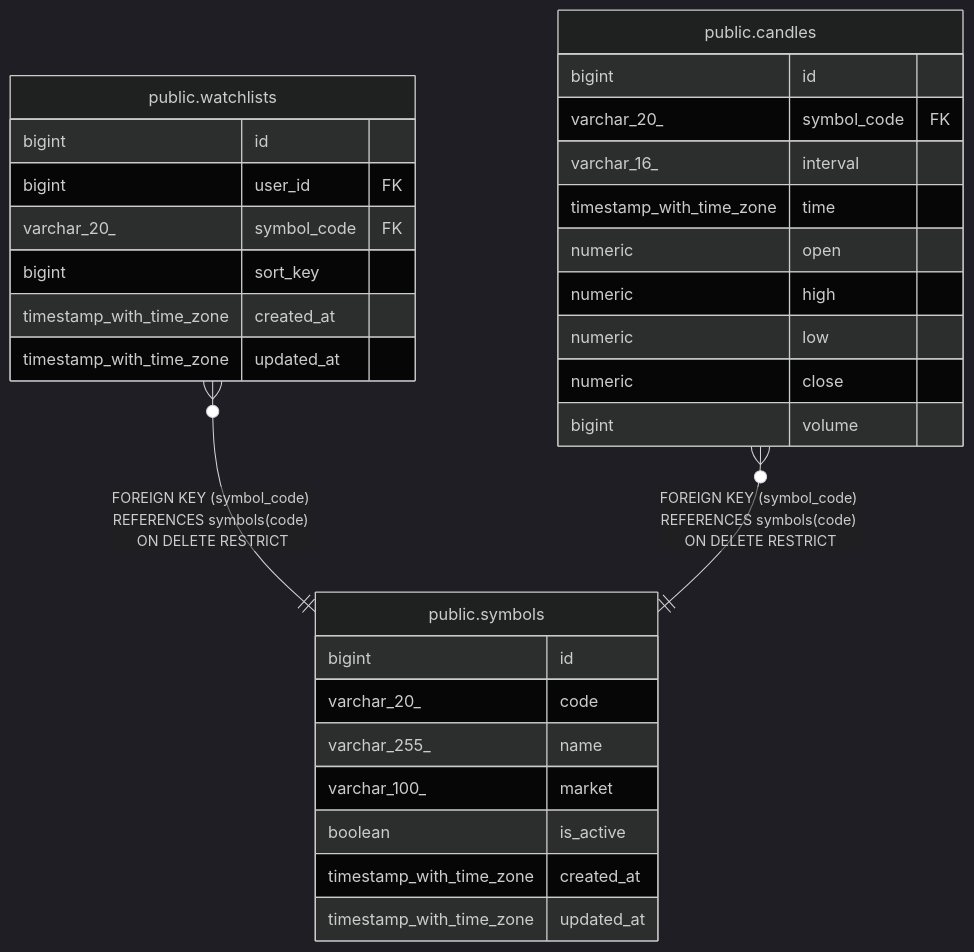
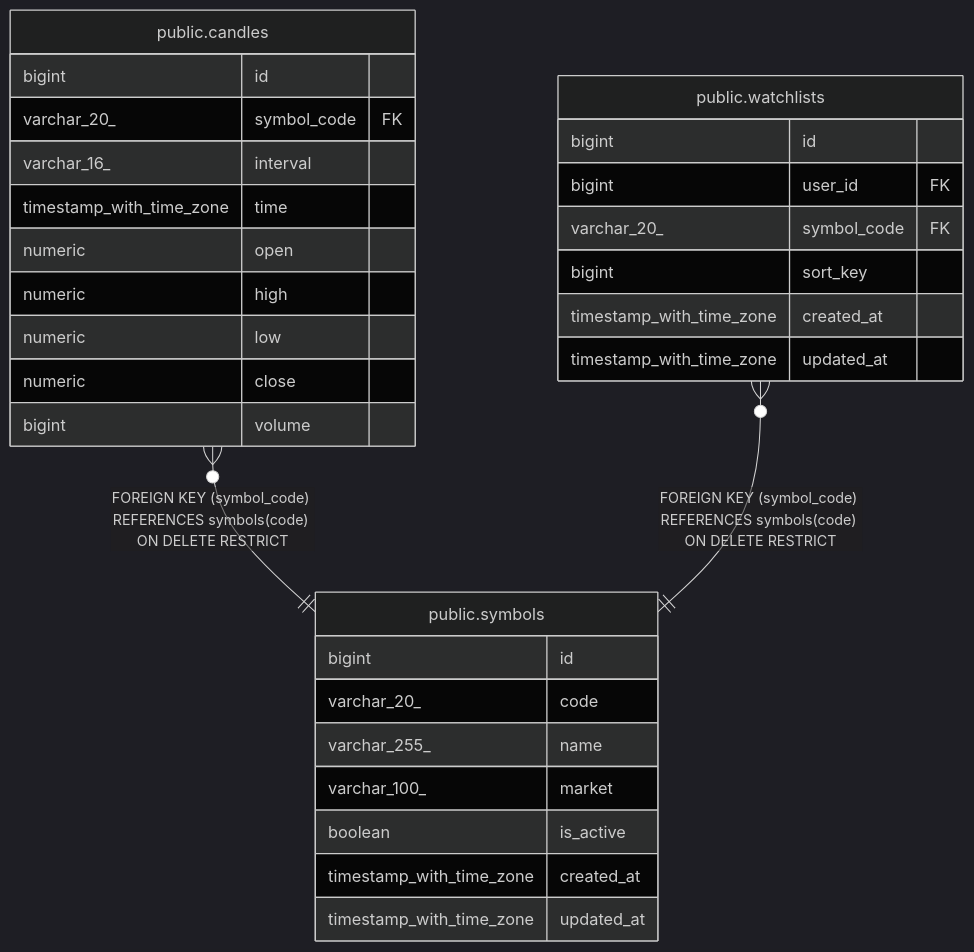
The diagram in docs/schema/public.symbols.md (UCHIDAnobuhiro/stock_backend), drawn with Mermaid (dark theme) before and after one commit. The commit also changed other lines of this file and 3 other files, not shown here.

````diff
--- a/docs/schema/public.symbols.md
+++ b/docs/schema/public.symbols.md
@@ -30,35 +30,35 @@
 ```mermaid
 erDiagram
 
+"public.candles" }o--|| "public.symbols" : "FOREIGN KEY (symbol_code) REFERENCES symbols(code) ON DELETE RESTRICT"
 "public.watchlists" }o--|| "public.symbols" : "FOREIGN KEY (symbol_code) REFERENCES symbols(code) ON DELETE RESTRICT"
-"public.candles" }o--|| "public.symbols" : "FOREIGN KEY (symbol_code) REFERENCES symbols(code) ON DELETE RESTRICT"
 
 "public.symbols" {
   bigint id ""
   varchar_20_ code ""
   varchar_255_ name ""
   varchar_100_ market ""
   boolean is_active ""
-  timestamp_with_time_zone created_at ""
-  timestamp_with_time_zone updated_at ""
-}
-"public.watchlists" {
-  bigint id ""
-  bigint user_id FK ""
-  varchar_20_ symbol_code FK ""
-  bigint sort_key ""
   timestamp_with_time_zone created_at ""
   timestamp_with_time_zone updated_at ""
 }
 "public.candles" {
   bigint id ""
   varchar_20_ symbol_code FK ""
   varchar_16_ interval ""
   timestamp_with_time_zone time ""
   numeric open ""
   numeric high ""
   numeric low ""
   numeric close ""
   bigint volume ""
 }
+"public.watchlists" {
+  bigint id ""
+  bigint user_id FK ""
+  varchar_20_ symbol_code FK ""
+  bigint sort_key ""
+  timestamp_with_time_zone created_at ""
+  timestamp_with_time_zone updated_at ""
+}
 ```
````
